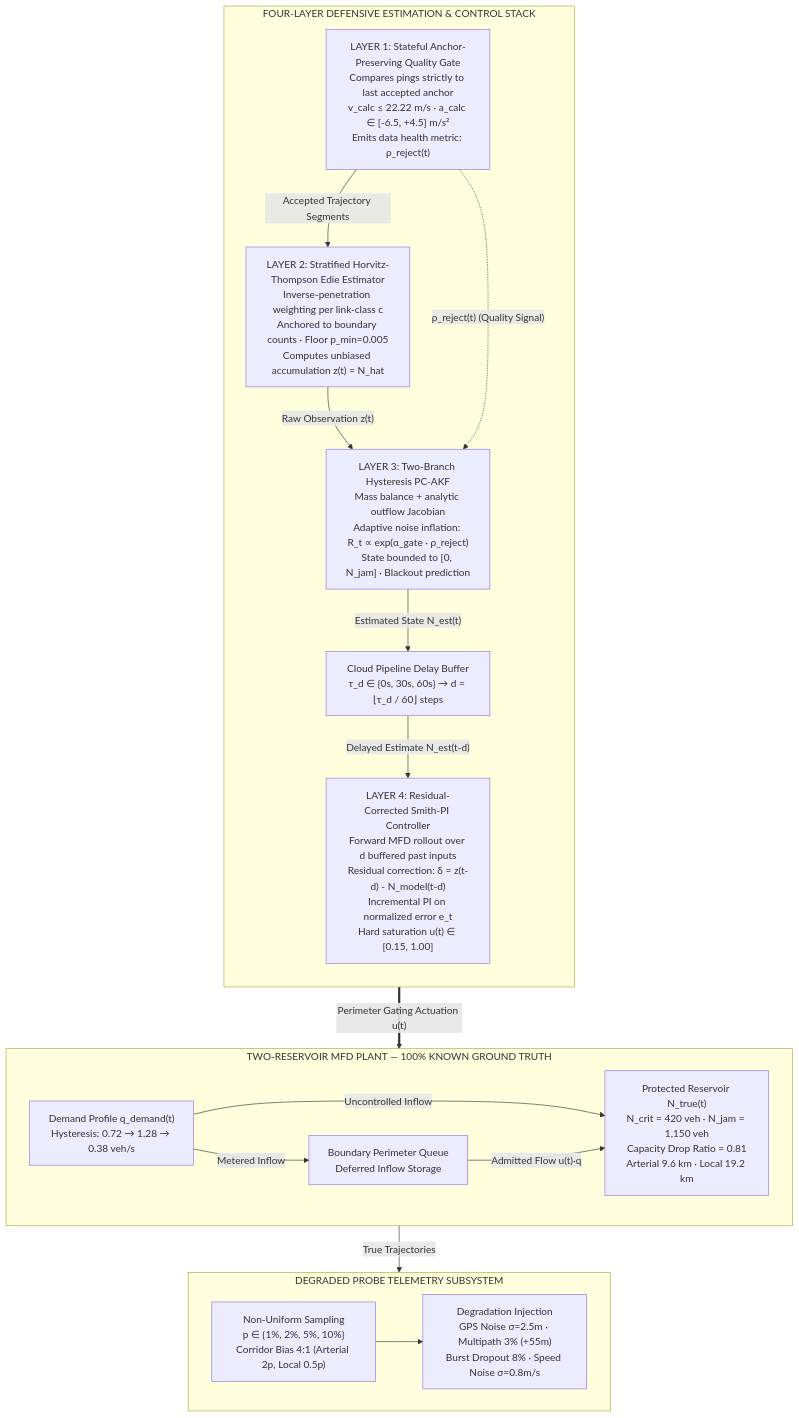
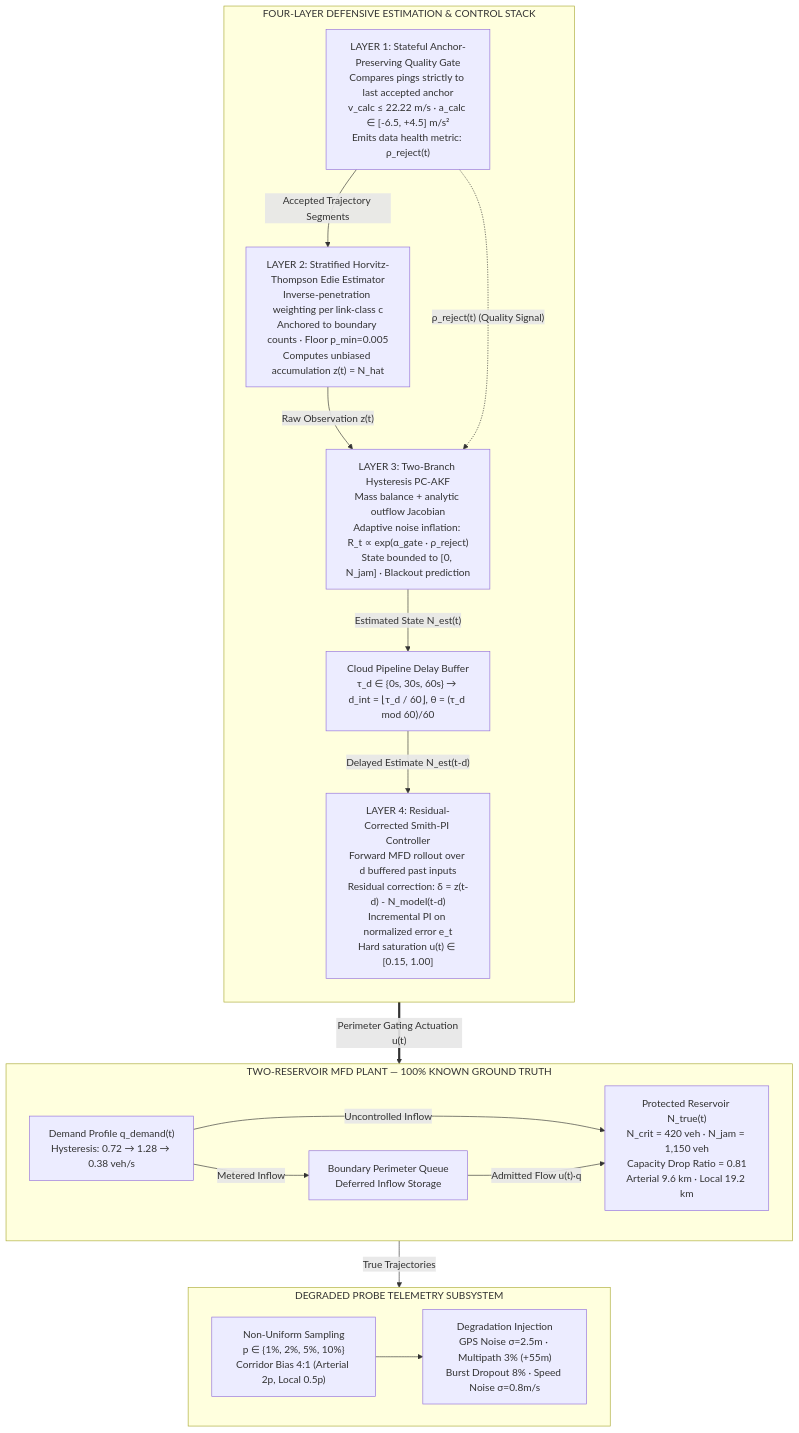
The diagram in research/research-proposal.md (seyed-milad-jalilian/PerimeterFlow), drawn with Mermaid before and after one commit. The commit also changed other lines of this file and 17 other files, not shown here.

````diff
--- a/research/research-proposal.md
+++ b/research/research-proposal.md
@@ -130,37 +130,37 @@
 ```mermaid
 flowchart TB
     subgraph PLANT["TWO-RESERVOIR MFD PLANT — 100% KNOWN GROUND TRUTH"]
         direction LR
         DEM["Demand Profile q_demand(t)<br/>Hysteresis: 0.72 → 1.28 → 0.38 veh/s"]
         RESV["Protected Reservoir N_true(t)<br/>N_crit = 420 veh · N_jam = 1,150 veh<br/>Capacity Drop Ratio = 0.81<br/>Arterial 9.6 km · Local 19.2 km"]
         QUEUE["Boundary Perimeter Queue<br/>Deferred Inflow Storage"]
         DEM -->|"Uncontrolled Inflow"| RESV
         DEM -->|"Metered Inflow"| QUEUE
         QUEUE -->|"Admitted Flow u(t)·q"| RESV
     end
 
     subgraph SENSING["DEGRADED PROBE TELEMETRY SUBSYSTEM"]
         direction LR
         SAMPLE["Non-Uniform Sampling<br/>p ∈ {1%, 2%, 5%, 10%}<br/>Corridor Bias 4:1 (Arterial 2p, Local 0.5p)"]
         CORRUPT["Degradation Injection<br/>GPS Noise σ=2.5m · Multipath 3% (+55m)<br/>Burst Dropout 8% · Speed Noise σ=0.8m/s"]
         SAMPLE --> CORRUPT
     end
 
     subgraph DEFENSE["FOUR-LAYER DEFENSIVE ESTIMATION & CONTROL STACK"]
         direction TB
         L1["LAYER 1: Stateful Anchor-Preserving Quality Gate<br/>Compares pings strictly to last accepted anchor<br/>v_calc ≤ 22.22 m/s · a_calc ∈ [-6.5, +4.5] m/s²<br/>Emits data health metric: ρ_reject(t)"]
         L2["LAYER 2: Stratified Horvitz-Thompson Edie Estimator<br/>Inverse-penetration weighting per link-class c<br/>Anchored to boundary counts · Floor p_min=0.005<br/>Computes unbiased accumulation z(t) = N_hat"]
         L3["LAYER 3: Two-Branch Hysteresis PC-AKF<br/>Mass balance + analytic outflow Jacobian<br/>Adaptive noise inflation: R_t ∝ exp(α_gate · ρ_reject)<br/>State bounded to [0, N_jam] · Blackout prediction"]
-        DELAY["Cloud Pipeline Delay Buffer<br/>τ_d ∈ {0s, 30s, 60s} → d = ⌊τ_d / 60⌋ steps"]
+        DELAY["Cloud Pipeline Delay Buffer<br/>τ_d ∈ {0s, 30s, 60s} → d_int = ⌊τ_d / 60⌋, θ = (τ_d mod 60)/60"]
         L4["LAYER 4: Residual-Corrected Smith-PI Controller<br/>Forward MFD rollout over d buffered past inputs<br/>Residual correction: δ = z(t-d) - N_model(t-d)<br/>Incremental PI on normalized error e_t<br/>Hard saturation u(t) ∈ [0.15, 1.00]"]
         
         L1 -->|"Accepted Trajectory Segments"| L2
         L2 -->|"Raw Observation z(t)"| L3
         L1 -.->|"ρ_reject(t) (Quality Signal)"| L3
         L3 -->|"Estimated State N_est(t)"| DELAY
         DELAY -->|"Delayed Estimate N_est(t-d)"| L4
     end
 
     RESV -->|"True Trajectories"| SAMPLE
     L4 ==>|"Perimeter Gating Actuation u(t)"| QUEUE
 ```
````
